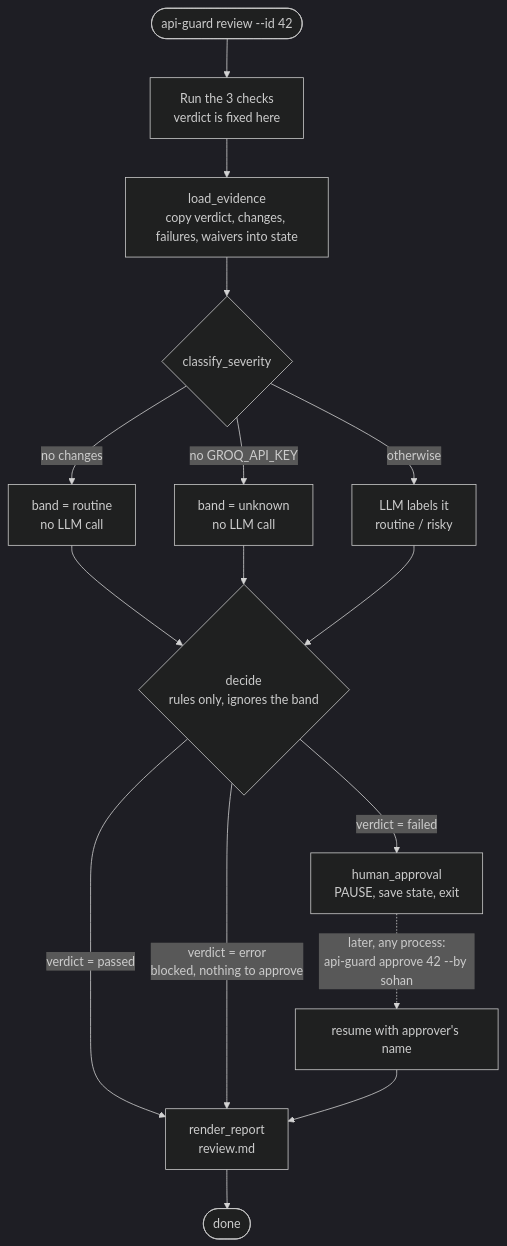
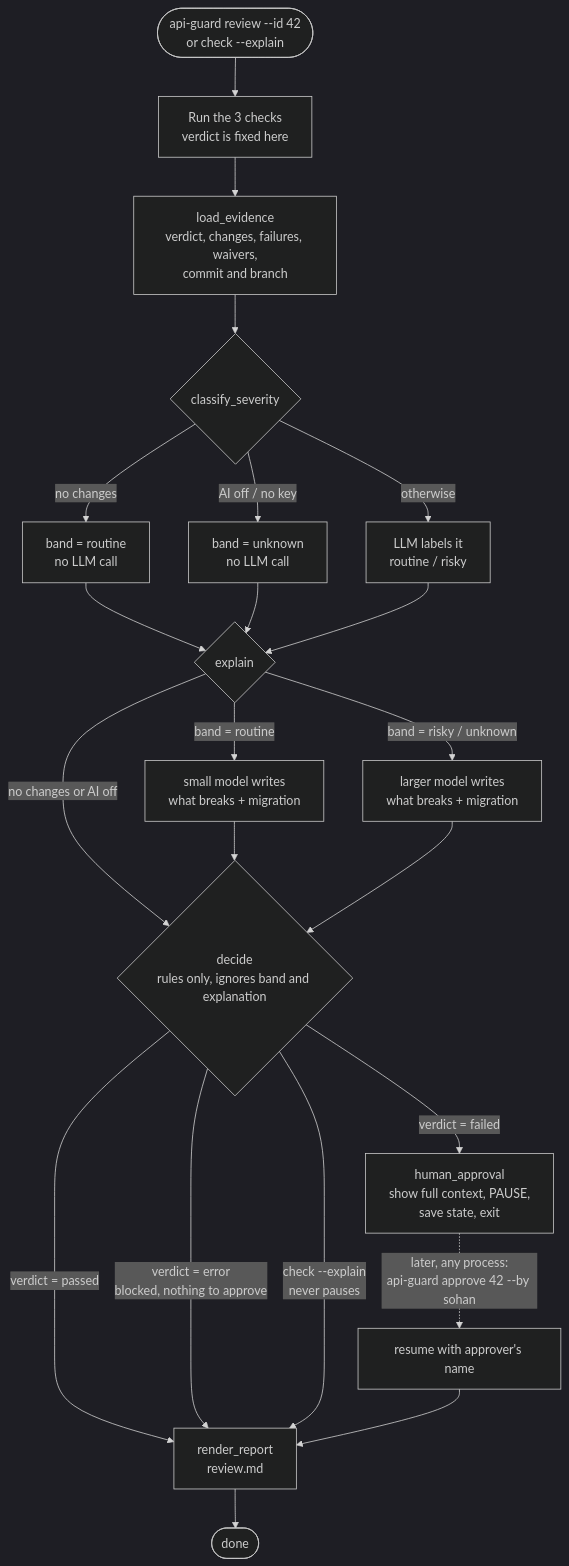
Before and after one commit to stimpy3/ApiGuard: the seventh of 12 diagrams in README.md, drawn with Mermaid (dark theme). The commit also changed other lines of this file and 6 other files, not shown here.

First line of the commit message:
Explain inside the review graph; the approver gets the full context

````diff
--- a/README.md
+++ b/README.md
@@ -582,19 +589,26 @@
 ```mermaid
 flowchart TD
-    S(["api-guard review --id 42"]) --> C["Run the 3 checks<br/>verdict is fixed here"]
-    C --> L["load_evidence<br/>copy verdict, changes, failures, waivers into state"]
+    S(["api-guard review --id 42<br/>or check --explain"]) --> C["Run the 3 checks<br/>verdict is fixed here"]
+    C --> L["load_evidence<br/>verdict, changes, failures, waivers,<br/>commit and branch"]
     L --> T{"classify_severity"}
     T -->|"no changes"| T1["band = routine<br/>no LLM call"]
-    T -->|"no GROQ_API_KEY"| T2["band = unknown<br/>no LLM call"]
+    T -->|"AI off / no key"| T2["band = unknown<br/>no LLM call"]
     T -->|"otherwise"| T3["LLM labels it<br/>routine / risky"]
-    T1 --> D
-    T2 --> D
-    T3 --> D
-    D{"decide<br/>rules only, ignores the band"}
+    T1 --> X
+    T2 --> X
+    T3 --> X
+    X{"explain"}
+    X -->|"no changes or AI off"| D
+    X -->|"band = routine"| X1["small model writes<br/>what breaks + migration"]
+    X -->|"band = risky / unknown"| X2["larger model writes<br/>what breaks + migration"]
+    X1 --> D
+    X2 --> D
+    D{"decide<br/>rules only, ignores band and explanation"}
     D -->|"verdict = passed"| R["render_report<br/>review.md"]
     D -->|"verdict = error<br/>blocked, nothing to approve"| R
-    D -->|"verdict = failed"| H["human_approval<br/>PAUSE, save state, exit"]
+    D -->|"check --explain<br/>never pauses"| R
+    D -->|"verdict = failed"| H["human_approval<br/>show full context, PAUSE,<br/>save state, exit"]
     H -. "later, any process:<br/>api-guard approve 42 --by sohan" .-> H2["resume with approver's name"]
     H2 --> R
     R --> END(["done"])
 ```
````
